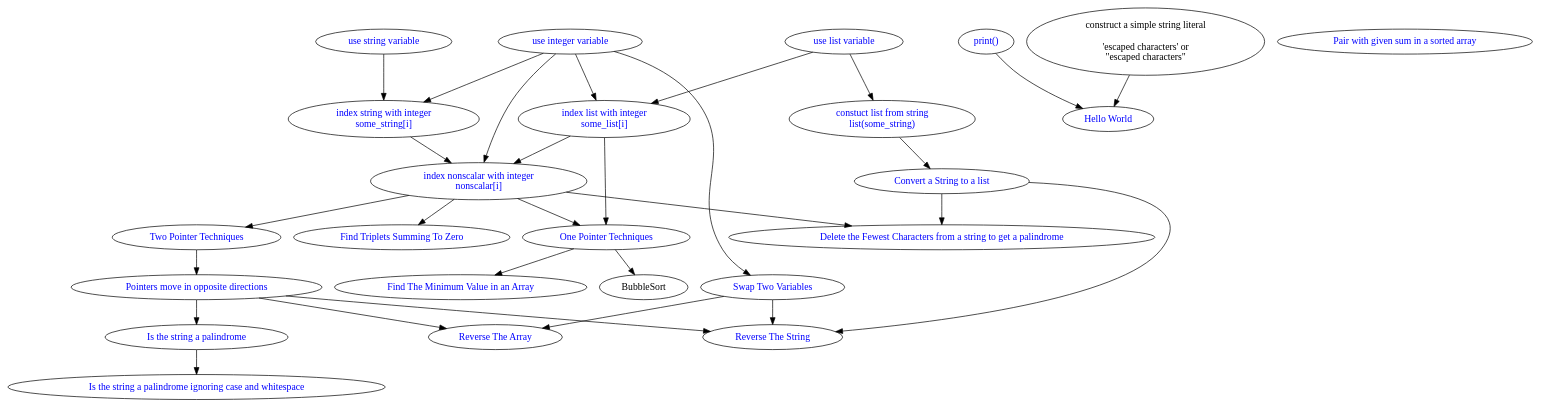
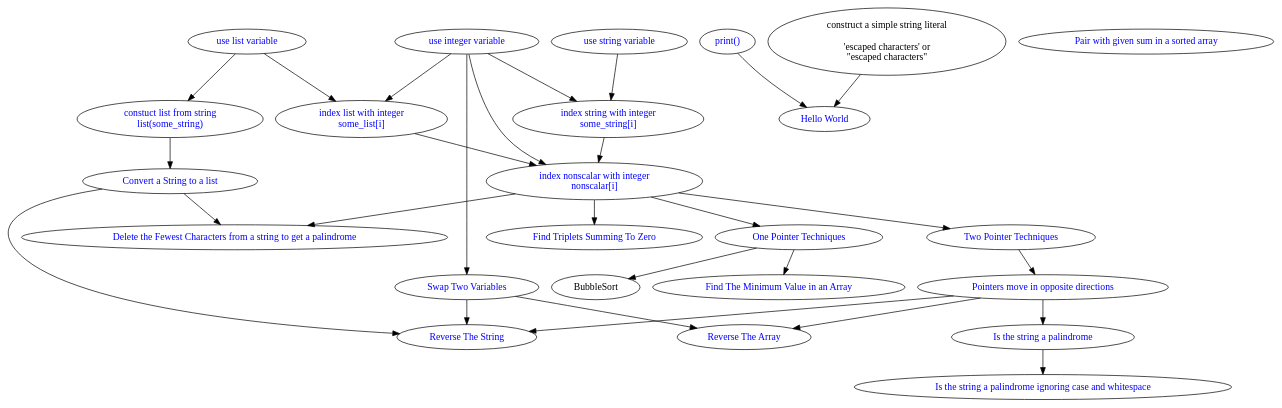
Before and after one commit to pflagerd/python-language-feature-family-tree: the diagram in .dsa-dependency-graph/dsa-dependency-graph.dot, drawn with Graphviz.

Commit message:
Remove redundant edge.

```diff
--- a/.dsa-dependency-graph/dsa-dependency-graph.dot
+++ b/.dsa-dependency-graph/dsa-dependency-graph.dot
@@ -1,72 +1,71 @@
 #
 # An edge goes from A to B.
 # The edge and its nodes may be read as "You must know A before you can do B".
 # So <code>builtin_function_print -> HelloWorld</code> may be read "You must know (the print() built-in function) before you can do (HelloWorld)
 #
 #
 strict digraph {
 #    construct_list_from_iterable [label="variable([iterable])" href="https://docs.python.org/3/library/stdtypes.html#list" target="_blank" fontcolor="blue"]
     construct_list_from_string [label="constuct list from string\nlist(some_string)" href="https://docs.python.org/3/library/stdtypes.html#list" target="_blank" fontcolor="blue"]
     builtin_function_print [label="print()" href="https://docs.python.org/3/library/stdtypes.html#list" target="_blank" fontcolor="blue"]
     integer_variable [label="use integer variable" href="" target="_blank" fontcolor="blue"]
     builtin_nonscalar_literal_unmodified_string [label="construct a simple string literal\n\n'escaped characters' or\n\"escaped characters\""]
 #    builtin_scalar_literal_bool [label="bool literal"]
 #    builtin_scalar_literal_numeric_float [label="float literal" href="https://docs.python.org/3/reference/lexical_analysis.html#floating-point-literals" target="_blank" fontcolor="blue"]
 #    builtin_scalar_literal_numeric_int [label="integer literal" href="https://docs.python.org/3/reference/lexical_analysis.html#integer-literals" target="_blank" fontcolor="blue"]
 #    builtin_scalar_literal_None [label="None"]
 #    builtin_map_type [label="map"]
 #    builtin_set_type [label="set"]
     BubbleSort
     ConvertStringToList [label="Convert a String to a list" href="https://docs.python.org/3/reference/lexical_analysis.html#numeric-literals" target="_blank" fontcolor="blue"]
 #    complex [label="complex"]
     DeleteFewestCharactersFromStringToGetPalindrome [label="Delete the Fewest Characters from a string to get a palindrome" href="./dsa/DeleteFewestCharactersFromStringToGetPalindrome" target="_blank" fontcolor="blue"]
 #    float [label="float"]
     FindTheMinimum [label="Find The Minimum Value in an Array" href="./dsa/FindTheMinimum/problem.html" target="_blank" fontcolor="blue"]
     FindTripletsSummingToZero [label="Find Triplets Summing To Zero" href="./dsa/FindTripletsSummingToZero/problem.html" target="_blank" fontcolor="blue"]
     HelloWorld [label="Hello World" href="HelloWorld/problem.html" target="_blank" fontcolor="blue"]
     integer_indexing [label="index nonscalar with integer\nnonscalar[i]" href="" target="_blank" fontcolor="blue"]
     IsTheStringAPalindrome [label="Is the string a palindrome" href="./dsa/IsTheStringAPalindrome/problem.html" target="_blank" fontcolor="blue"]
     IsTheStringAPalindromeIgnoringCaseAndWhiteSpace [label="Is the string a palindrome ignoring case and whitespace" href="./dsa/IsTheStringAPalindromeIgnoringCaseAndWhiteSpace/problem.html" target="_blank" fontcolor="blue"]
     list_integer_indexing [label="index list with integer\nsome_list[i]" href="" target="_blank" fontcolor="blue"]
     list_variable [label="use list variable" href="" target="_blank" fontcolor="blue"]
     one_pointer_techniques [label="One Pointer Techniques" href="" target="_blank" fontcolor="blue"]
     PairWithGivenSumInASortedArray [label="Pair with given sum in a sorted array" href="./dsa/PairWithGivenSumInASortedArray/problem.html" target="_blank" fontcolor="blue"]
     pointers_move_in_opposite_directions [label="Pointers move in opposite directions" href="" target="_blank" fontcolor="blue"]
     ReverseTheArray [label="Reverse The Array" href="./dsa/ReverseTheArray/problem.html" target="_blank" fontcolor="blue"]
     ReverseTheString [label="Reverse The String" href="./dsa/ReverseTheString/problem.html" target="_blank" fontcolor="blue"]
     SwapTwoVariables [label="Swap Two Variables" href="./dsa/SwapTwoVariables/problem.html" target="_blank" fontcolor="blue"]
     string_integer_indexing [label="index string with integer\nsome_string[i]" href="" target="_blank" fontcolor="blue"]
     string_variable [label="use string variable" href="" target="_blank" fontcolor="blue"]
     two_pointer_techniques [label="Two Pointer Techniques" href="" target="_blank" fontcolor="blue"]
 
     construct_list_from_string -> ConvertStringToList
     builtin_function_print -> HelloWorld
     builtin_nonscalar_literal_unmodified_string -> HelloWorld
     ConvertStringToList -> DeleteFewestCharactersFromStringToGetPalindrome
     ConvertStringToList -> ReverseTheString
     integer_indexing -> one_pointer_techniques
     integer_indexing -> two_pointer_techniques
     integer_indexing -> two_pointer_techniques
     integer_indexing -> DeleteFewestCharactersFromStringToGetPalindrome
     integer_indexing -> FindTripletsSummingToZero
     integer_variable -> integer_indexing
     integer_variable -> list_integer_indexing
     integer_variable -> string_integer_indexing
     integer_variable -> SwapTwoVariables
     IsTheStringAPalindrome -> IsTheStringAPalindromeIgnoringCaseAndWhiteSpace
     list_variable -> construct_list_from_string
     list_variable -> list_integer_indexing
     list_integer_indexing -> integer_indexing
-    list_integer_indexing -> one_pointer_techniques
     list_integer_indexing -> integer_indexing
     one_pointer_techniques -> FindTheMinimum
     one_pointer_techniques -> BubbleSort
     pointers_move_in_opposite_directions -> IsTheStringAPalindrome
     pointers_move_in_opposite_directions -> ReverseTheArray
     pointers_move_in_opposite_directions -> ReverseTheString
     string_integer_indexing -> integer_indexing
     string_variable -> string_integer_indexing
     SwapTwoVariables -> ReverseTheArray
     SwapTwoVariables -> ReverseTheString
     two_pointer_techniques -> pointers_move_in_opposite_directions
 }
```
